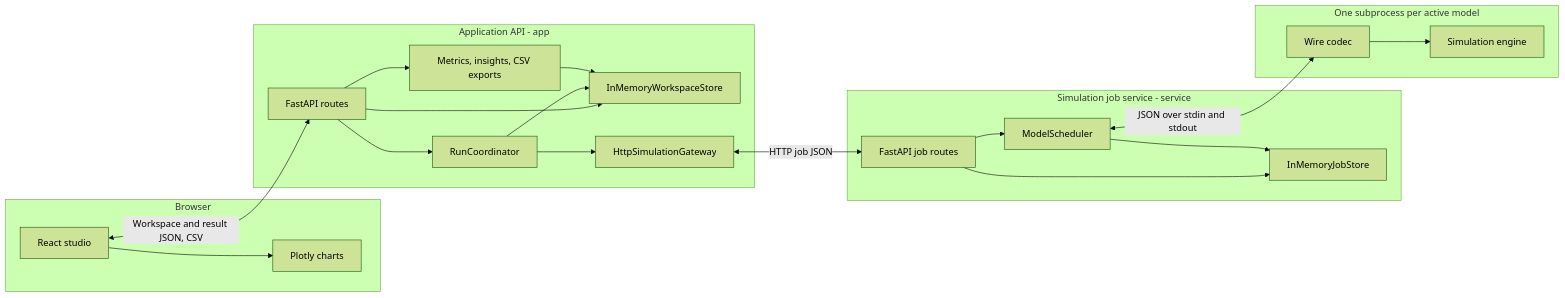
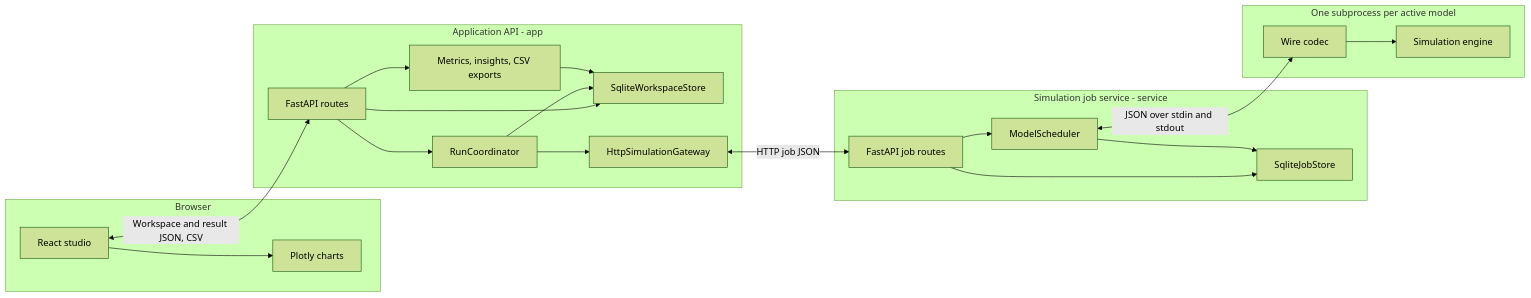
The first of 7 diagrams in docs/architecture.md (bvett/value-stream-simulator), drawn with Mermaid (forest theme) before and after one commit. The commit also changed other lines of this file and 21 other files, not shown here.

````diff
--- a/docs/architecture.md
+++ b/docs/architecture.md
@@ -13,41 +15,41 @@
 ```mermaid
 flowchart LR
     subgraph Browser[Browser]
         UI[React studio]
         Charts[Plotly charts]
         UI --> Charts
     end
 
     subgraph Application[Application API - app]
         Routes[FastAPI routes]
-        Store[InMemoryWorkspaceStore]
+        Store[SqliteWorkspaceStore]
         Coordinator[RunCoordinator]
         Gateway[HttpSimulationGateway]
         Views[Metrics, insights, CSV exports]
         Routes --> Store
         Routes --> Coordinator
         Coordinator --> Store
         Coordinator --> Gateway
         Routes --> Views
         Views --> Store
     end
 
     subgraph Service[Simulation job service - service]
         Jobs[FastAPI job routes]
-        JobStore[InMemoryJobStore]
+        JobStore[SqliteJobStore]
         Scheduler[ModelScheduler]
         Jobs --> JobStore
         Jobs --> Scheduler
         Scheduler --> JobStore
     end
 
     subgraph Worker[One subprocess per active model]
         Codec[Wire codec]
         Engine[Simulation engine]
         Codec --> Engine
     end
 
     UI <-->|Workspace and result JSON, CSV| Routes
     Gateway <-->|HTTP job JSON| Jobs
     Scheduler <-->|JSON over stdin and stdout| Codec
 ```
````
